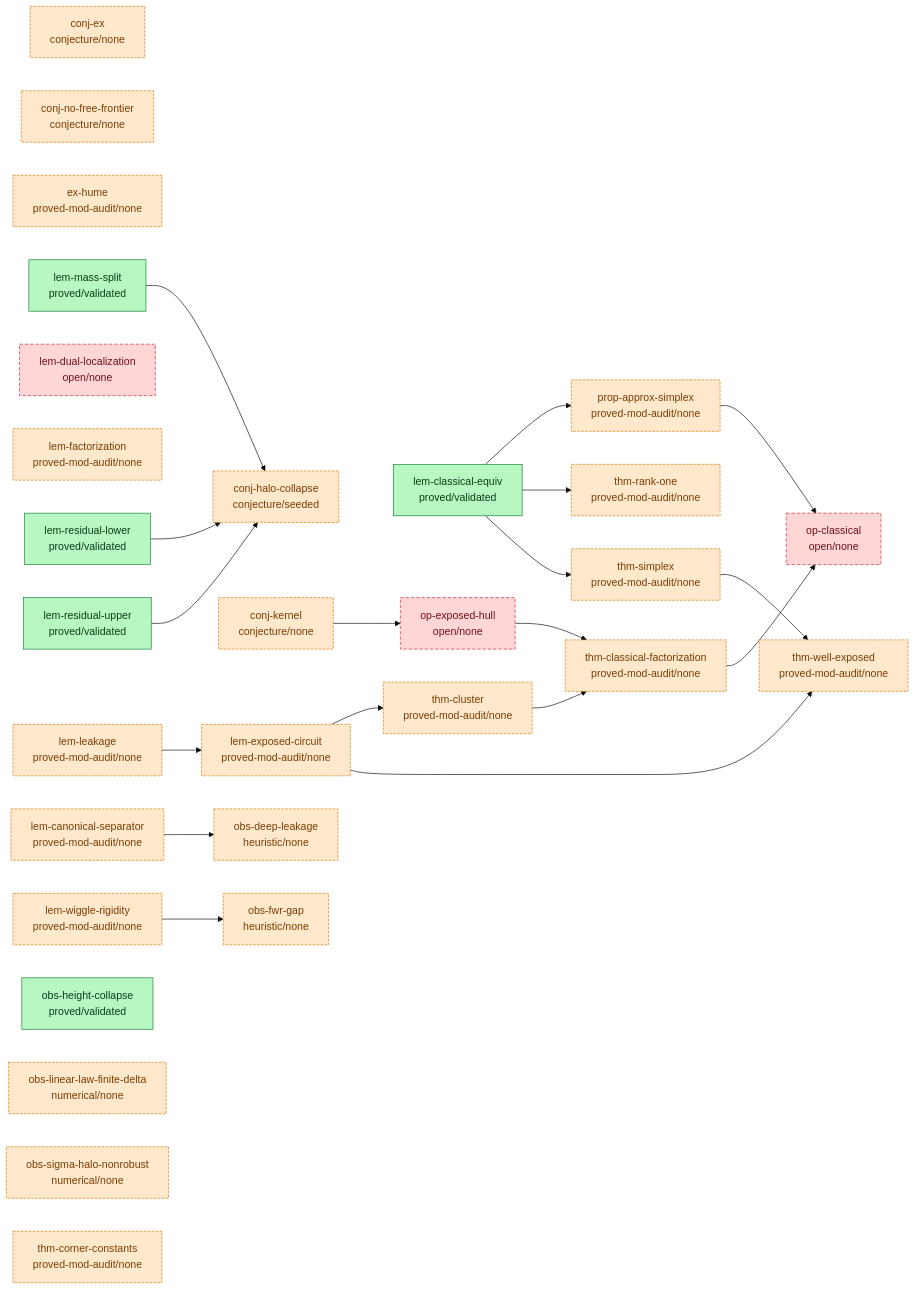
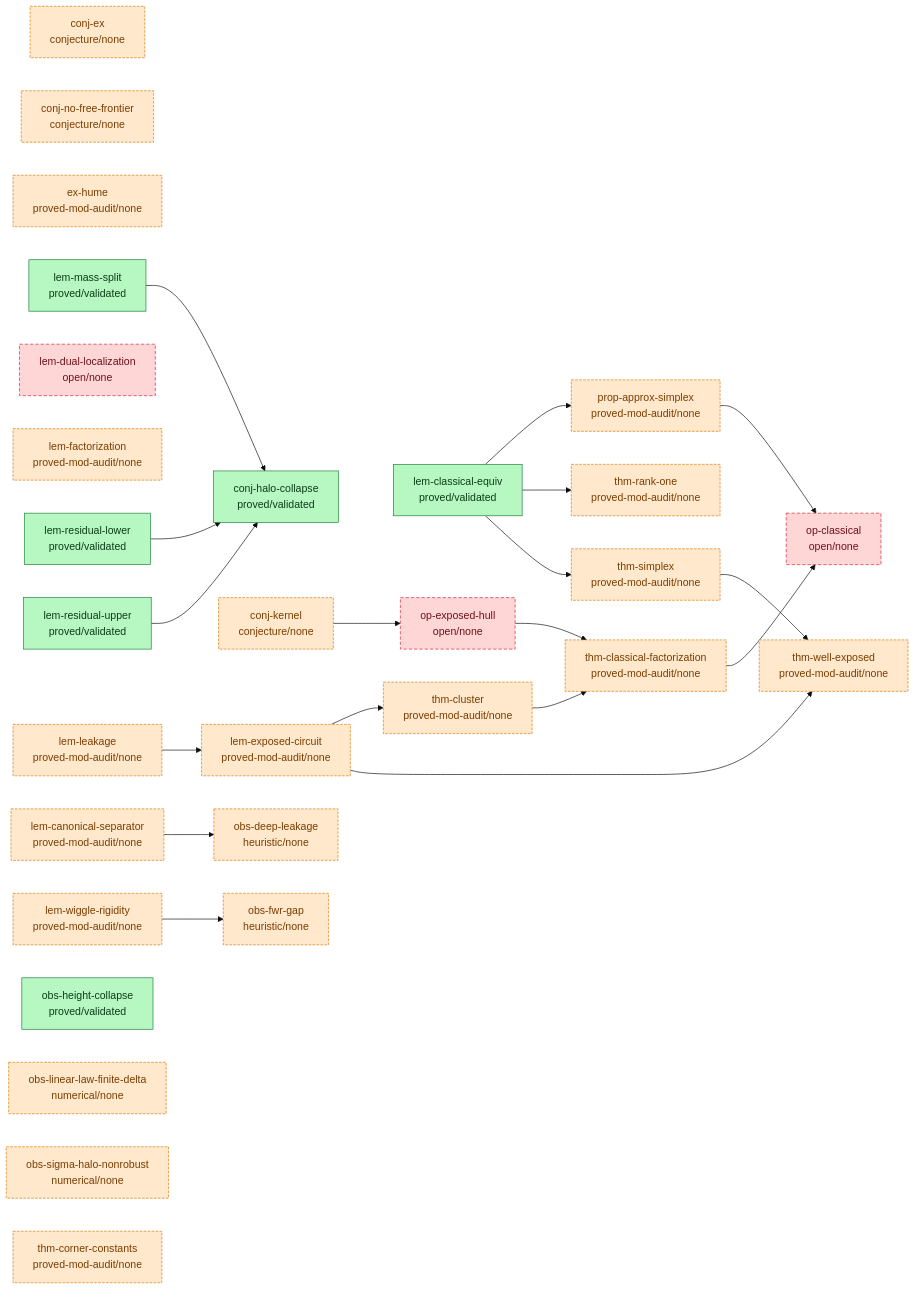
One commit to tobiasosborne/almost-idempotent-stochastic-maps changed the diagram in argument/DAG.md. Above: the diagram before and after it, drawn with Mermaid (base theme). The commit also changed 135 other files, not shown here.

First line of the commit message:
Bank conj-halo-collapse: af-validated (6th rigorous result; the finisher bridge is RIGOROUS)

````diff
--- a/argument/DAG.md
+++ b/argument/DAG.md
@@ -6,59 +6,59 @@
 ```mermaid
 graph LR
   classDef validated fill:#b7f7c2,stroke:#1a7f37,color:#0b3d18;
   classDef proved fill:#cfe3ff,stroke:#0969da,color:#0a3069;
   classDef seeded fill:#fff3c4,stroke:#bf8700,color:#5a4500;
   classDef stated fill:#eaecef,stroke:#8b949e,color:#24292f;
   classDef cited fill:#e7d6ff,stroke:#8250df,color:#3b1a73;
   classDef nonrigorous fill:#ffe8cc,stroke:#d97706,color:#7a3d00,stroke-dasharray:4 2;
   classDef open fill:#ffd6d6,stroke:#cf222e,color:#6e1119,stroke-dasharray:5 3;
   conj-ex["conj-ex<br/>conjecture/none"]
-  conj-halo-collapse["conj-halo-collapse<br/>conjecture/seeded"]
+  conj-halo-collapse["conj-halo-collapse<br/>proved/validated"]
   conj-kernel["conj-kernel<br/>conjecture/none"]
   conj-no-free-frontier["conj-no-free-frontier<br/>conjecture/none"]
   ex-hume["ex-hume<br/>proved-mod-audit/none"]
   lem-canonical-separator["lem-canonical-separator<br/>proved-mod-audit/none"]
   lem-classical-equiv["lem-classical-equiv<br/>proved/validated"]
   lem-dual-localization["lem-dual-localization<br/>open/none"]
   lem-exposed-circuit["lem-exposed-circuit<br/>proved-mod-audit/none"]
   lem-factorization["lem-factorization<br/>proved-mod-audit/none"]
   lem-leakage["lem-leakage<br/>proved-mod-audit/none"]
   lem-mass-split["lem-mass-split<br/>proved/validated"]
   lem-residual-lower["lem-residual-lower<br/>proved/validated"]
   lem-residual-upper["lem-residual-upper<br/>proved/validated"]
   lem-wiggle-rigidity["lem-wiggle-rigidity<br/>proved-mod-audit/none"]
   obs-deep-leakage["obs-deep-leakage<br/>heuristic/none"]
   obs-fwr-gap["obs-fwr-gap<br/>heuristic/none"]
   obs-height-collapse["obs-height-collapse<br/>proved/validated"]
   obs-linear-law-finite-delta["obs-linear-law-finite-delta<br/>numerical/none"]
   obs-sigma-halo-nonrobust["obs-sigma-halo-nonrobust<br/>numerical/none"]
   op-classical["op-classical<br/>open/none"]
   op-exposed-hull["op-exposed-hull<br/>open/none"]
   prop-approx-simplex["prop-approx-simplex<br/>proved-mod-audit/none"]
   thm-classical-factorization["thm-classical-factorization<br/>proved-mod-audit/none"]
   thm-cluster["thm-cluster<br/>proved-mod-audit/none"]
   thm-corner-constants["thm-corner-constants<br/>proved-mod-audit/none"]
   thm-rank-one["thm-rank-one<br/>proved-mod-audit/none"]
   thm-simplex["thm-simplex<br/>proved-mod-audit/none"]
   thm-well-exposed["thm-well-exposed<br/>proved-mod-audit/none"]
   conj-kernel --> op-exposed-hull
   lem-canonical-separator --> obs-deep-leakage
   lem-classical-equiv --> prop-approx-simplex
   lem-classical-equiv --> thm-rank-one
   lem-classical-equiv --> thm-simplex
   lem-exposed-circuit --> thm-cluster
   lem-exposed-circuit --> thm-well-exposed
   lem-leakage --> lem-exposed-circuit
   lem-mass-split --> conj-halo-collapse
   lem-residual-lower --> conj-halo-collapse
   lem-residual-upper --> conj-halo-collapse
   lem-wiggle-rigidity --> obs-fwr-gap
   op-exposed-hull --> thm-classical-factorization
   prop-approx-simplex --> op-classical
   thm-classical-factorization --> op-classical
   thm-cluster --> thm-classical-factorization
   thm-simplex --> thm-well-exposed
-  class lem-classical-equiv,lem-mass-split,lem-residual-lower,lem-residual-upper,obs-height-collapse validated;
-  class conj-ex,conj-halo-collapse,conj-kernel,conj-no-free-frontier,ex-hume,lem-canonical-separator,lem-exposed-circuit,lem-factorization,lem-leakage,lem-wiggle-rigidity,obs-deep-leakage,obs-fwr-gap,obs-linear-law-finite-delta,obs-sigma-halo-nonrobust,prop-approx-simplex,thm-classical-factorization,thm-cluster,thm-corner-constants,thm-rank-one,thm-simplex,thm-well-exposed nonrigorous;
+  class conj-halo-collapse,lem-classical-equiv,lem-mass-split,lem-residual-lower,lem-residual-upper,obs-height-collapse validated;
+  class conj-ex,conj-kernel,conj-no-free-frontier,ex-hume,lem-canonical-separator,lem-exposed-circuit,lem-factorization,lem-leakage,lem-wiggle-rigidity,obs-deep-leakage,obs-fwr-gap,obs-linear-law-finite-delta,obs-sigma-halo-nonrobust,prop-approx-simplex,thm-classical-factorization,thm-cluster,thm-corner-constants,thm-rank-one,thm-simplex,thm-well-exposed nonrigorous;
   class lem-dual-localization,op-classical,op-exposed-hull open;
 ```
````
